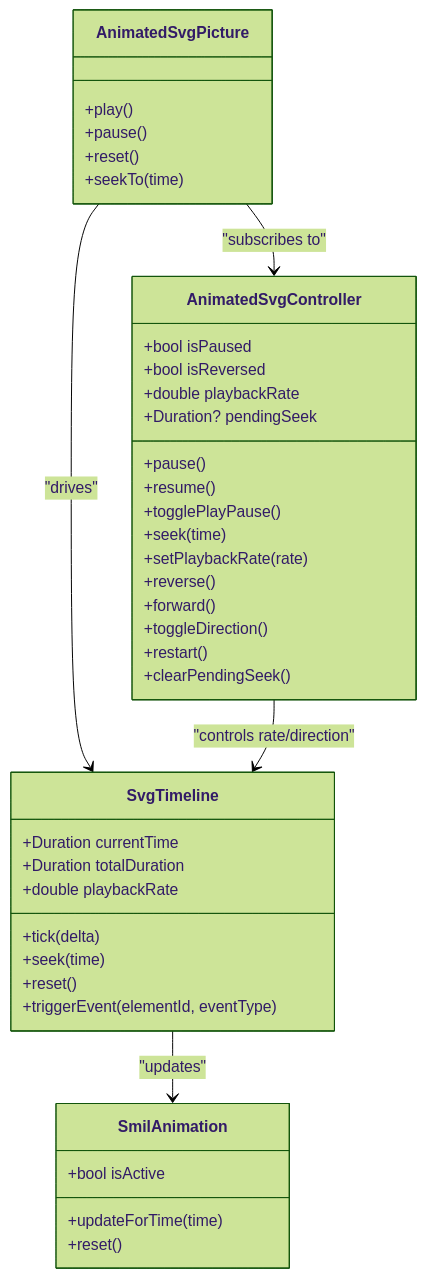
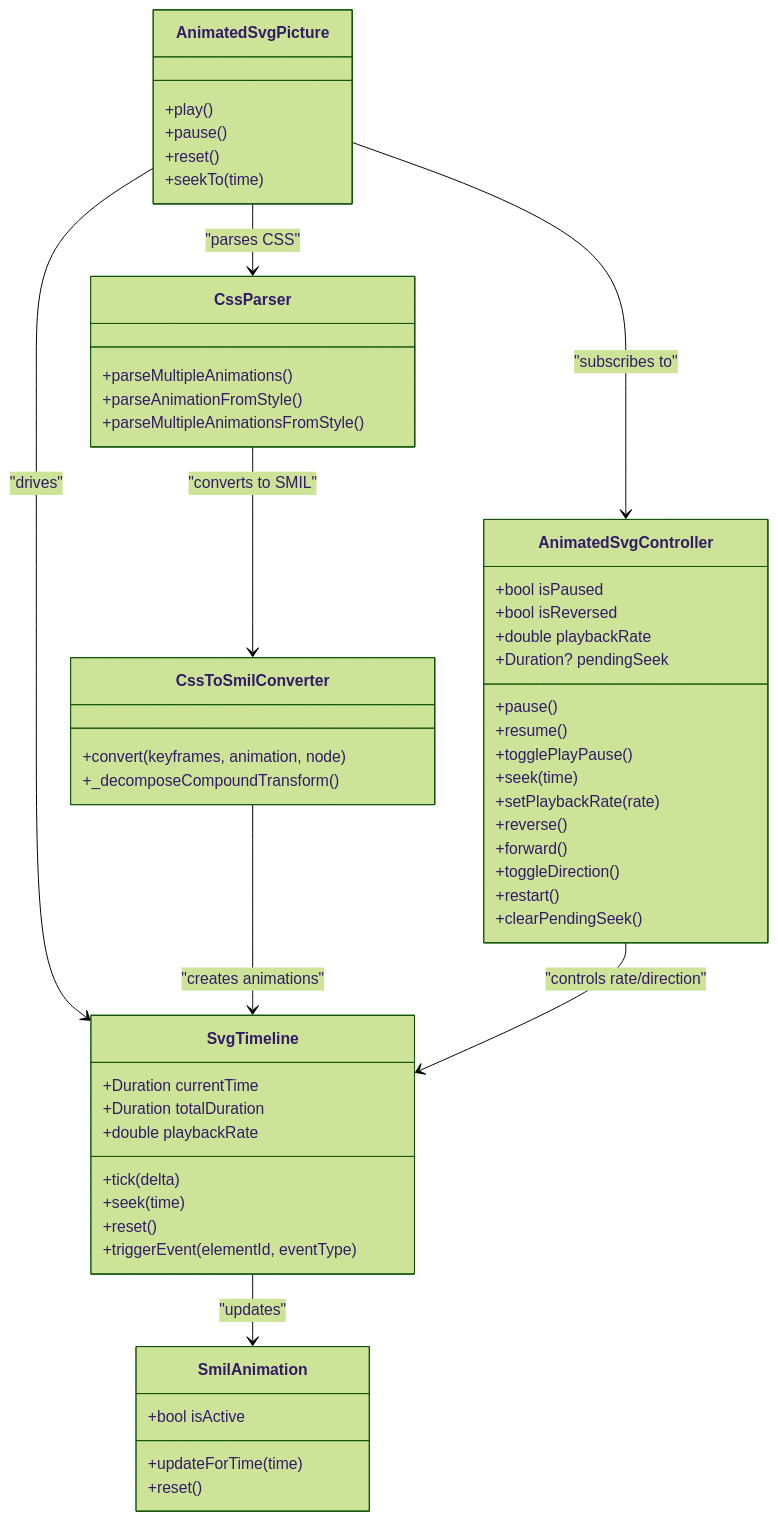
The third of 3 diagrams in .qoder/repowiki/en/content/Animated SVG Support/Animation Control and Playback.md (denisnadey/flutter_full_svg_support), drawn with Mermaid (forest theme) before and after one commit. The commit also changed other lines of this file and 39 other files, not shown here.

First line of the commit message:
feat(animation): add advanced CSS processing and 3D transform support

````diff
--- a/.qoder/repowiki/en/content/Animated SVG Support/Animation Control and Playback.md
+++ b/.qoder/repowiki/en/content/Animated SVG Support/Animation Control and Playback.md
@@ -230,43 +407,55 @@
 ```mermaid
 classDiagram
 class AnimatedSvgController {
 +bool isPaused
 +bool isReversed
 +double playbackRate
 +Duration? pendingSeek
 +pause()
 +resume()
 +togglePlayPause()
 +seek(time)
 +setPlaybackRate(rate)
 +reverse()
 +forward()
 +toggleDirection()
 +restart()
 +clearPendingSeek()
 }
 class AnimatedSvgPicture {
 +play()
 +pause()
 +reset()
 +seekTo(time)
 }
 class SvgTimeline {
 +Duration currentTime
 +Duration totalDuration
 +double playbackRate
 +tick(delta)
 +seek(time)
 +reset()
 +triggerEvent(elementId, eventType)
 }
 class SmilAnimation {
 +bool isActive
 +updateForTime(time)
 +reset()
 }
+class CssParser {
++parseMultipleAnimations()
++parseAnimationFromStyle()
++parseMultipleAnimationsFromStyle()
+}
+class CssToSmilConverter {
++convert(keyframes, animation, node)
++_decomposeCompoundTransform()
+}
 AnimatedSvgPicture --> AnimatedSvgController : "subscribes to"
 AnimatedSvgPicture --> SvgTimeline : "drives"
 SvgTimeline --> SmilAnimation : "updates"
+AnimatedSvgPicture --> CssParser : "parses CSS"
+CssParser --> CssToSmilConverter : "converts to SMIL"
+CssToSmilConverter --> SvgTimeline : "creates animations"
 AnimatedSvgController --> SvgTimeline : "controls rate/direction"
 ```
````
